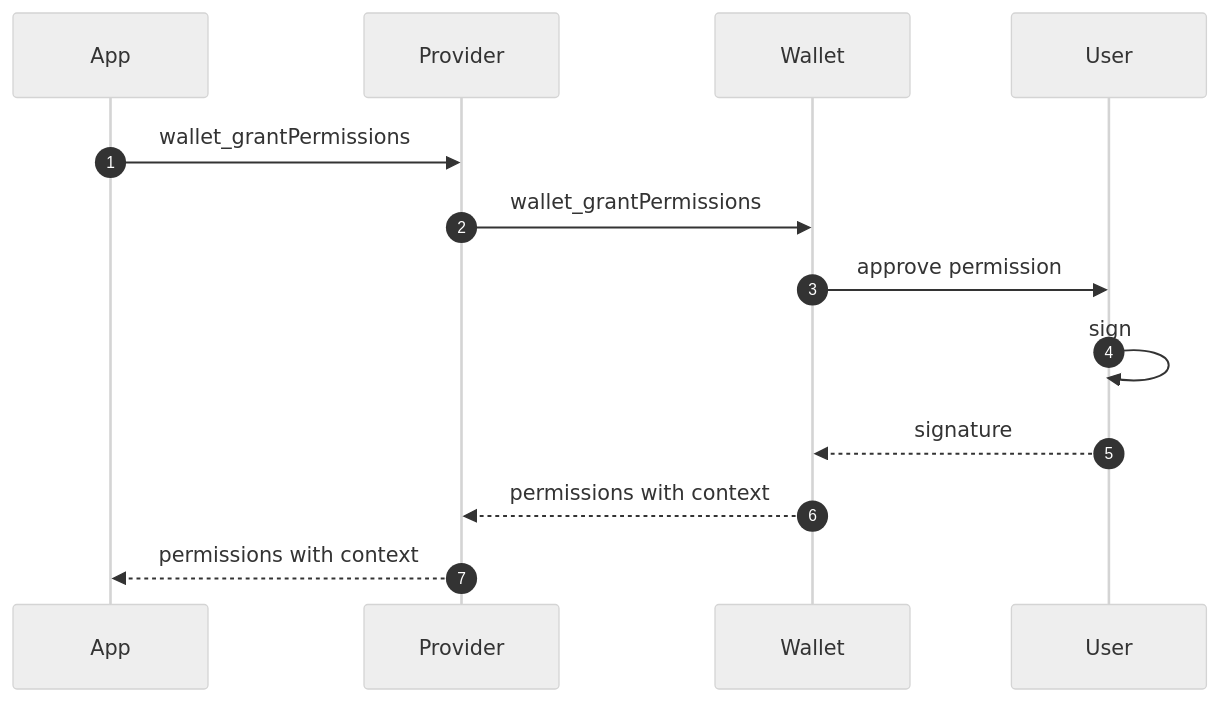
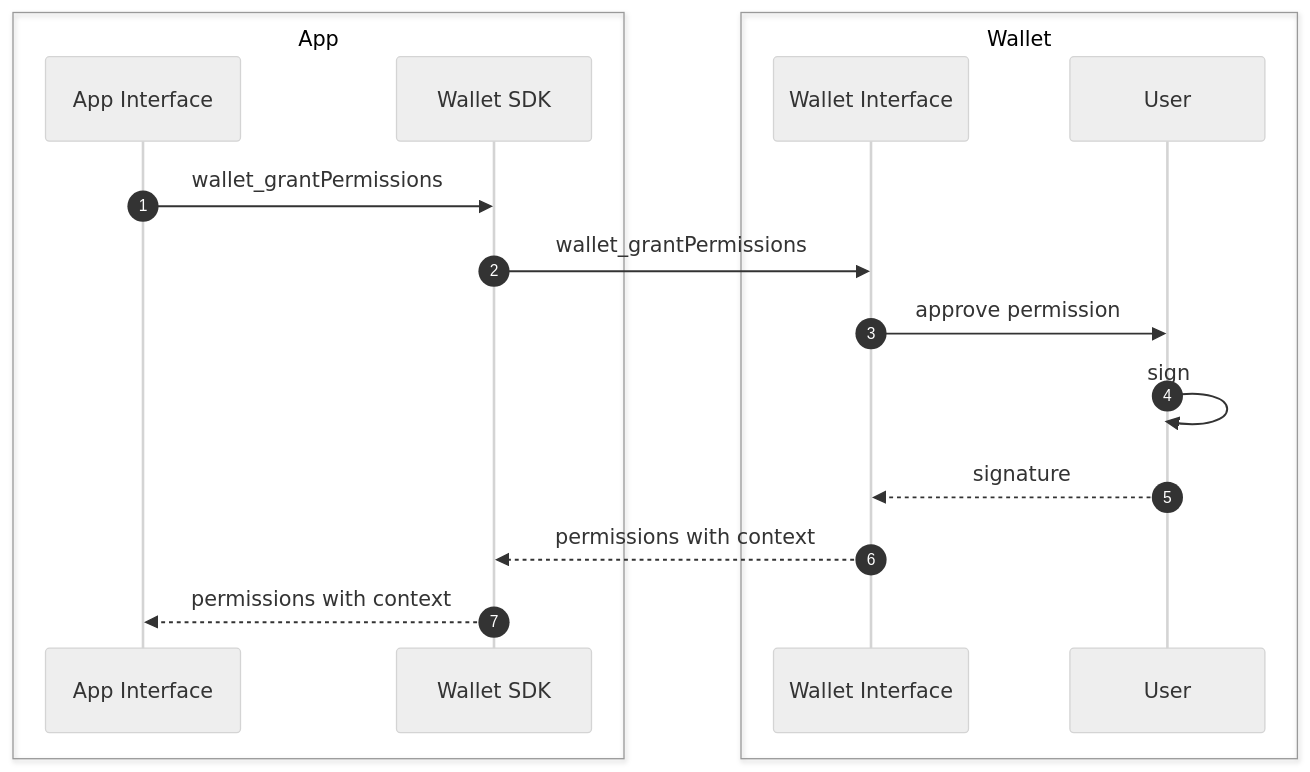
One commit to coinbase/smart-wallet-permissions changed the first of 2 diagrams in README.md. Above: the diagram before and after it, drawn with Mermaid (neutral theme). The commit also changed other lines of this file and 5 other files, not shown here.

Commit message:
Update diagrams and readmes

````diff
--- a/README.md
+++ b/README.md
@@ -52,16 +52,20 @@
 ```mermaid
 sequenceDiagram
     autonumber
-    participant A as App
-    participant SDK as Provider
-    participant W as Wallet
-    participant U as User
+    box transparent App
+        participant A as App Interface
+        participant SDK as Wallet SDK
+    end
+    box transparent Wallet
+        participant W as Wallet Interface
+        participant U as User
+    end
 
     A->>SDK: wallet_grantPermissions
     SDK->>W: wallet_grantPermissions
     W->>U: approve permission
     U->>U: sign
     U-->>W: signature
     W-->>SDK: permissions with context
     SDK-->>A: permissions with context
 ```
````
